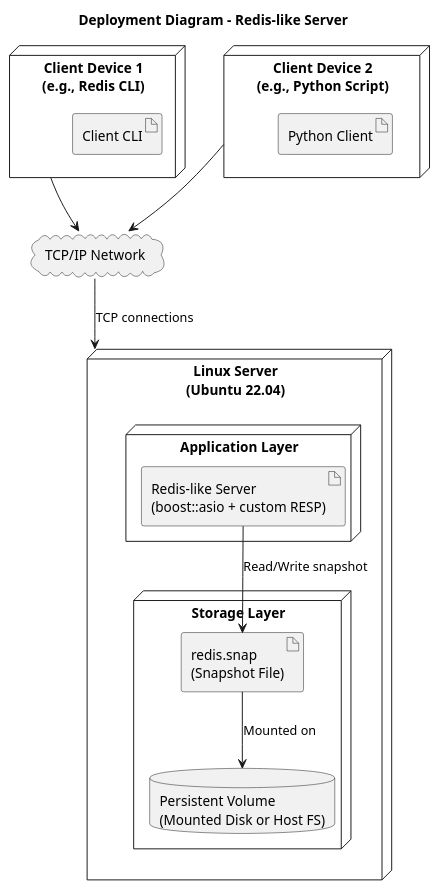
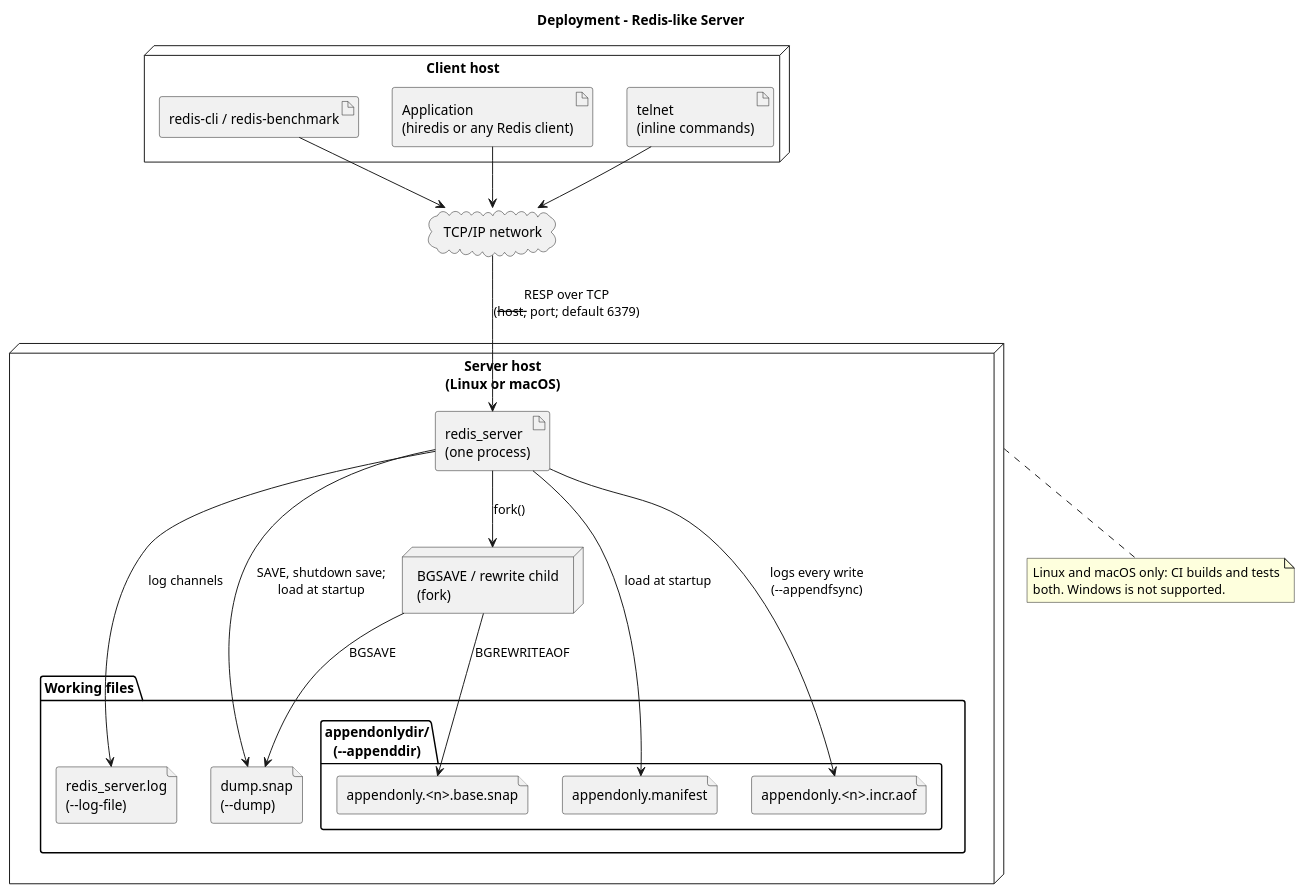
The diagram in docs/analysis/diagrams/deployment.puml (sleepyviper1213/redis), drawn with PlantUML before and after one commit. The commit also changed 14 other files, not shown here.

Commit message:
[docs] spec: SRS revision 4, diagrams matching the code

```diff
--- a/docs/analysis/diagrams/deployment.puml
+++ b/docs/analysis/diagrams/deployment.puml
@@ -1,33 +1,44 @@
 @startuml
-title Deployment Diagram - Redis-like Server
+title Deployment - Redis-like Server
 
-node "Client Device 1\n(e.g., Redis CLI)" as Client1 {
-  artifact "Client CLI"
+node "Client host" as ClientHost {
+  artifact "redis-cli / redis-benchmark" as Cli
+  artifact "Application\n(hiredis or any Redis client)" as App
+  artifact "telnet\n(inline commands)" as Telnet
 }
 
-node "Client Device 2\n(e.g., Python Script)" as Client2 {
-  artifact "Python Client"
+cloud "TCP/IP network" as Network
+
+node "Server host\n(Linux or macOS)" as Server {
+  artifact "redis_server\n(one process)" as Process
+  folder "Working files" {
+    file "dump.snap\n(--dump)" as Snap
+    folder "appendonlydir/\n(--appenddir)" as AofDir {
+      file "appendonly.manifest" as Manifest
+      file "appendonly.<n>.base.snap" as Base
+      file "appendonly.<n>.incr.aof" as Incr
+    }
+    file "redis_server.log\n(--log-file)" as Log
+  }
+  node "BGSAVE / rewrite child\n(fork)" as Child
 }
 
-cloud "TCP/IP Network" as Network
+Cli --> Network
+App --> Network
+Telnet --> Network
+Network --> Process : RESP over TCP\n(--host, --port; default 6379)
 
-node "Linux Server\n(Ubuntu 22.04)" as Server {
-  node "Application Layer" {
-    artifact "Redis-like Server\n(boost::asio + custom RESP)"
-  }
+Process --> Snap : SAVE, shutdown save;\nload at startup
+Process --> Incr : logs every write\n(--appendfsync)
+Process --> Manifest : load at startup
+Process --> Log : log channels
+Process --> Child : fork()
+Child --> Snap : BGSAVE
+Child --> Base : BGREWRITEAOF
 
-  node "Storage Layer" {
-    artifact "redis.snap\n(Snapshot File)"
-    database "Persistent Volume\n(Mounted Disk or Host FS)" as Volume
-  }
-}
-
-Client1 --> Network
-Client2 --> Network
-Network --> Server : TCP connections
-
-"Redis-like Server\n(boost::asio + custom RESP)" --> "redis.snap\n(Snapshot File)" : Read/Write snapshot
-
-"redis.snap\n(Snapshot File)" --> Volume : Mounted on
+note bottom of Server
+  Linux and macOS only: CI builds and tests
+  both. Windows is not supported.
+end note
 
 @enduml
```
